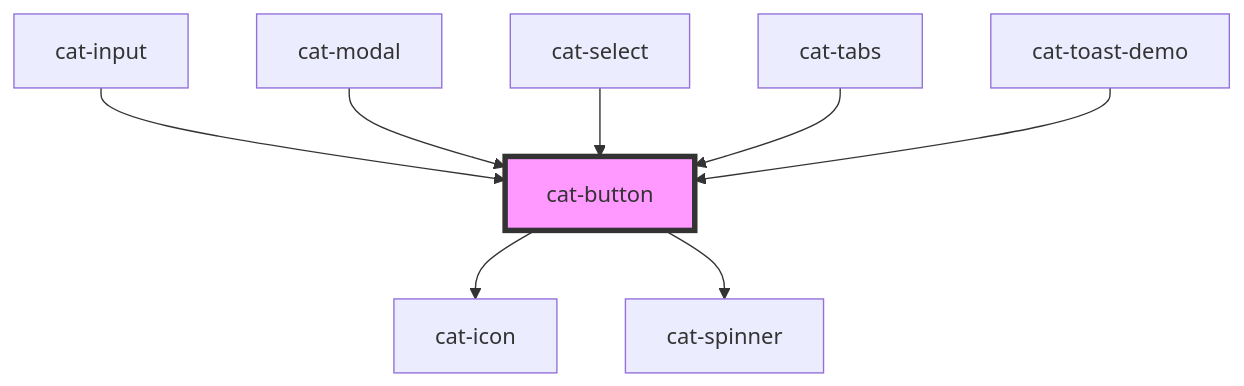
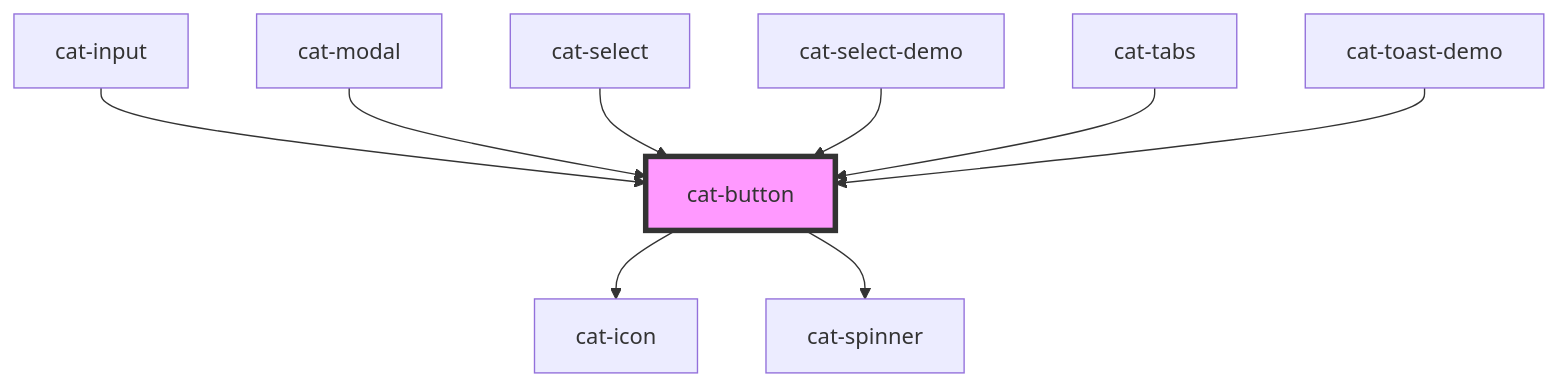
Before and after one commit to haiilo/catalyst: the diagram in core/src/components/cat-button/readme.md, drawn with Mermaid. The commit also changed other lines of this file and 8 other files, not shown here.

````diff
--- a/core/src/components/cat-button/readme.md
+++ b/core/src/components/cat-button/readme.md
@@ -78,11 +79,12 @@
 ```mermaid
 graph TD;
   cat-button --> cat-icon
   cat-button --> cat-spinner
   cat-input --> cat-button
   cat-modal --> cat-button
   cat-select --> cat-button
+  cat-select-demo --> cat-button
   cat-tabs --> cat-button
   cat-toast-demo --> cat-button
   style cat-button fill:#f9f,stroke:#333,stroke-width:4px
 ```
````
